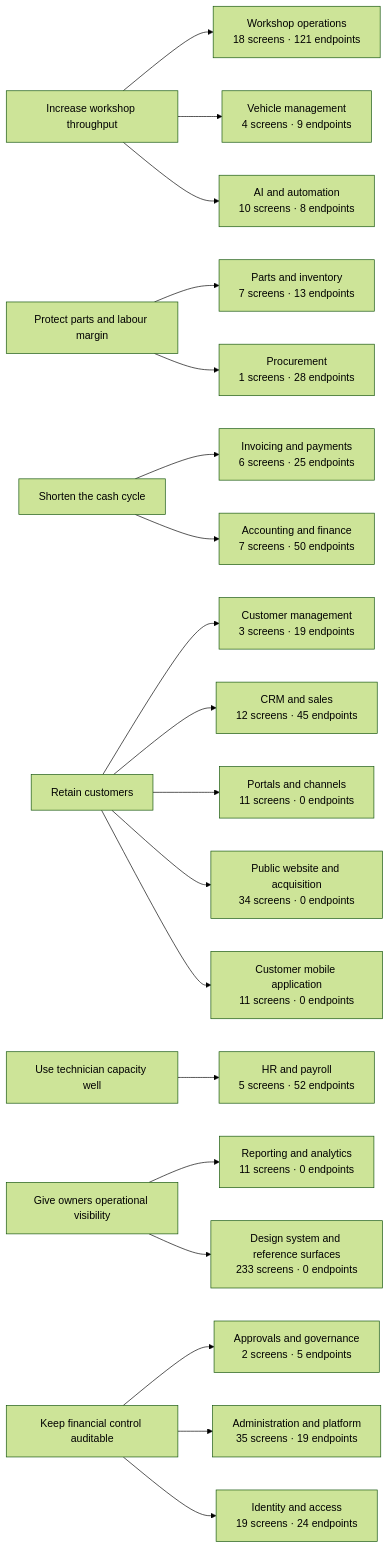
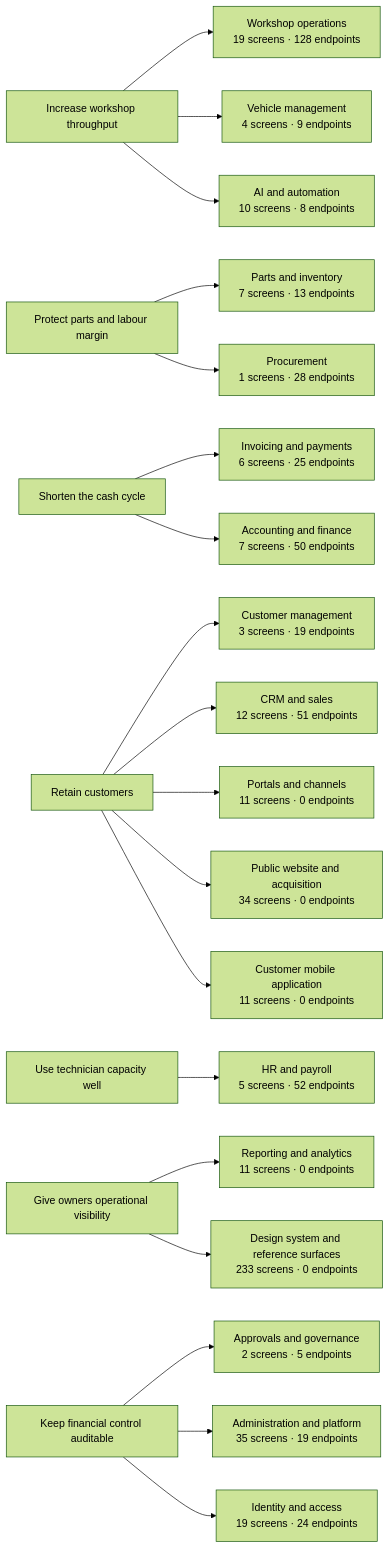
Before and after one commit to tazamohd/SlClNe: the diagram in docs/07_BUSINESS_ANALYSIS/BUSINESS_CAPABILITY_MAP.md, drawn with Mermaid (forest theme). The commit also changed other lines of this file and 15 other files, not shown here.

````diff
--- a/docs/07_BUSINESS_ANALYSIS/BUSINESS_CAPABILITY_MAP.md
+++ b/docs/07_BUSINESS_ANALYSIS/BUSINESS_CAPABILITY_MAP.md
@@ -22,46 +22,46 @@
 ```mermaid
 flowchart LR
   OBJ_THROUGHPUT["Increase workshop throughput"]
   OBJ_MARGIN["Protect parts and labour margin"]
   OBJ_CASH["Shorten the cash cycle"]
   OBJ_RETENTION["Retain customers"]
   OBJ_CAPACITY["Use technician capacity well"]
   OBJ_VISIBILITY["Give owners operational visibility"]
   OBJ_CONTROL["Keep financial control auditable"]
-  CAP_WORKSHOP["Workshop operations<br/>18 screens · 121 endpoints"]
+  CAP_WORKSHOP["Workshop operations<br/>19 screens · 128 endpoints"]
   OBJ_THROUGHPUT --> CAP_WORKSHOP
   CAP_CUSTOMERS["Customer management<br/>3 screens · 19 endpoints"]
   OBJ_RETENTION --> CAP_CUSTOMERS
   CAP_VEHICLES["Vehicle management<br/>4 screens · 9 endpoints"]
   OBJ_THROUGHPUT --> CAP_VEHICLES
   CAP_INVENTORY["Parts and inventory<br/>7 screens · 13 endpoints"]
   OBJ_MARGIN --> CAP_INVENTORY
   CAP_PROCUREMENT["Procurement<br/>1 screens · 28 endpoints"]
   OBJ_MARGIN --> CAP_PROCUREMENT
   CAP_BILLING["Invoicing and payments<br/>6 screens · 25 endpoints"]
   OBJ_CASH --> CAP_BILLING
   CAP_ACCOUNTING["Accounting and finance<br/>7 screens · 50 endpoints"]
   OBJ_CASH --> CAP_ACCOUNTING
   CAP_HR["HR and payroll<br/>5 screens · 52 endpoints"]
   OBJ_CAPACITY --> CAP_HR
-  CAP_CRM["CRM and sales<br/>12 screens · 45 endpoints"]
+  CAP_CRM["CRM and sales<br/>12 screens · 51 endpoints"]
   OBJ_RETENTION --> CAP_CRM
   CAP_REPORTING["Reporting and analytics<br/>11 screens · 0 endpoints"]
   OBJ_VISIBILITY --> CAP_REPORTING
   CAP_GOVERNANCE["Approvals and governance<br/>2 screens · 5 endpoints"]
   OBJ_CONTROL --> CAP_GOVERNANCE
   CAP_PORTALS["Portals and channels<br/>11 screens · 0 endpoints"]
   OBJ_RETENTION --> CAP_PORTALS
   CAP_AI["AI and automation<br/>10 screens · 8 endpoints"]
   OBJ_THROUGHPUT --> CAP_AI
   CAP_PLATFORM["Administration and platform<br/>35 screens · 19 endpoints"]
   OBJ_CONTROL --> CAP_PLATFORM
   CAP_IDENTITY["Identity and access<br/>19 screens · 24 endpoints"]
   OBJ_CONTROL --> CAP_IDENTITY
   CAP_WEBSITE["Public website and acquisition<br/>34 screens · 0 endpoints"]
   OBJ_RETENTION --> CAP_WEBSITE
   CAP_CUSTOMERAPP["Customer mobile application<br/>11 screens · 0 endpoints"]
   OBJ_RETENTION --> CAP_CUSTOMERAPP
   CAP_DESIGNSYSTEM["Design system and reference surfaces<br/>233 screens · 0 endpoints"]
   OBJ_VISIBILITY --> CAP_DESIGNSYSTEM
 ```
````
